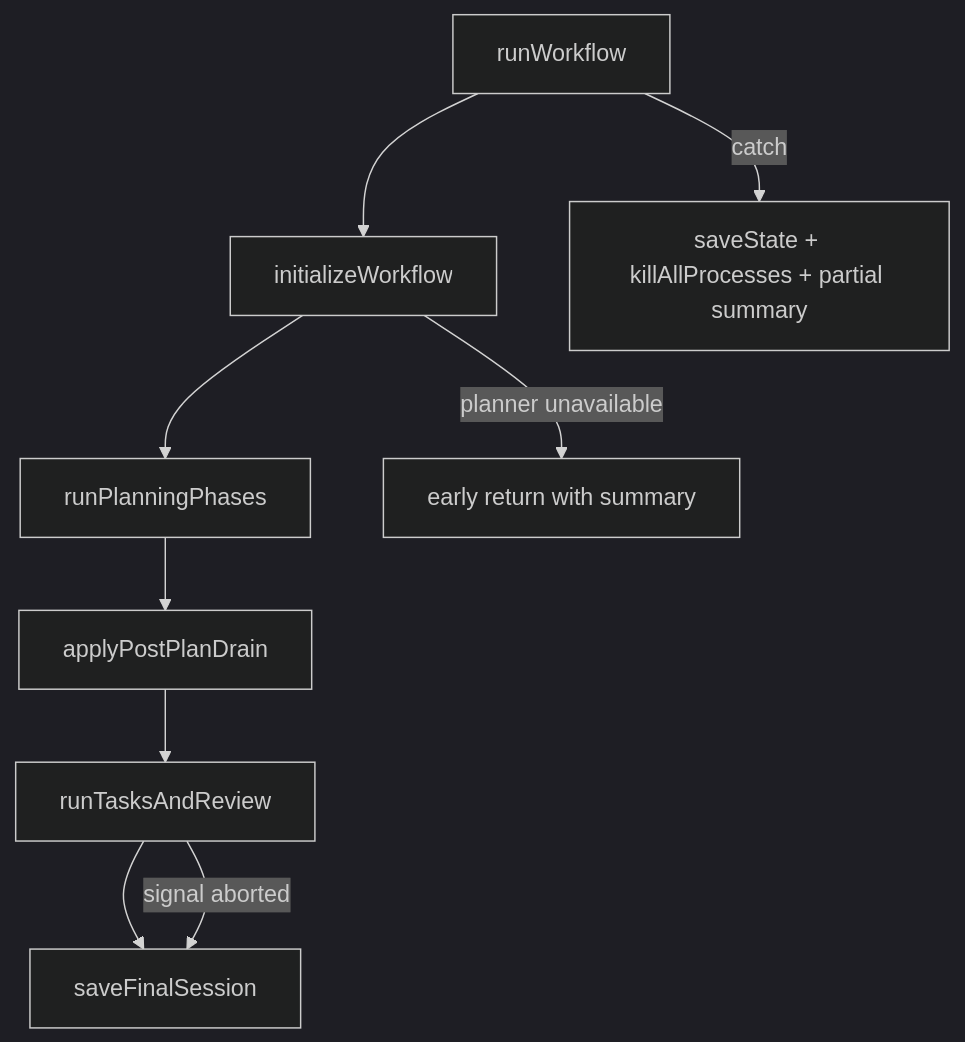
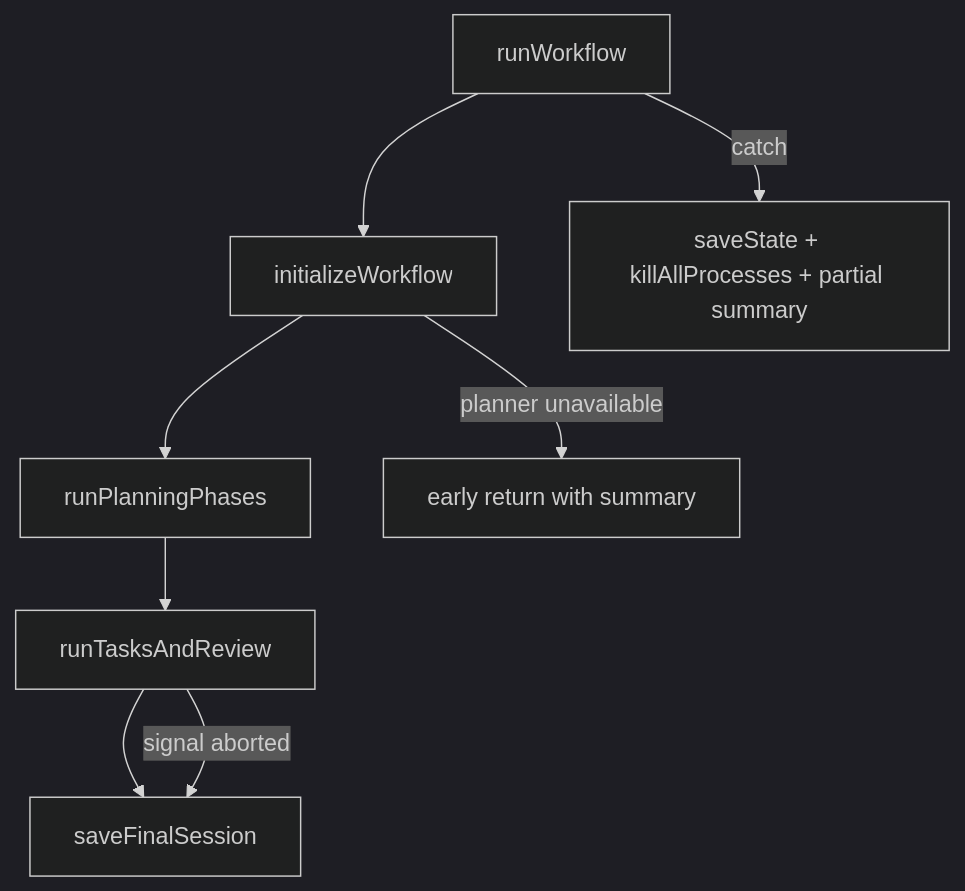
One commit to b4r7x/splitbrief changed the first of 2 diagrams in docs/ENGINE.md. Above: the diagram before and after it, drawn with Mermaid (dark theme). The commit also changed other lines of this file and 767 other files, not shown here.

````diff
--- a/docs/ENGINE.md
+++ b/docs/ENGINE.md
@@ -19,11 +18,10 @@
 ```mermaid
 flowchart TD
   A[runWorkflow] --> B[initializeWorkflow]
   B --> C[runPlanningPhases]
-  C --> D[applyPostPlanDrain]
-  D --> E[runTasksAndReview]
+  C --> E[runTasksAndReview]
   E --> F[saveFinalSession]
   B -->|planner unavailable| G[early return with summary]
   E -->|signal aborted| F
   A -->|catch| H[saveState + killAllProcesses + partial summary]
 ```
````
